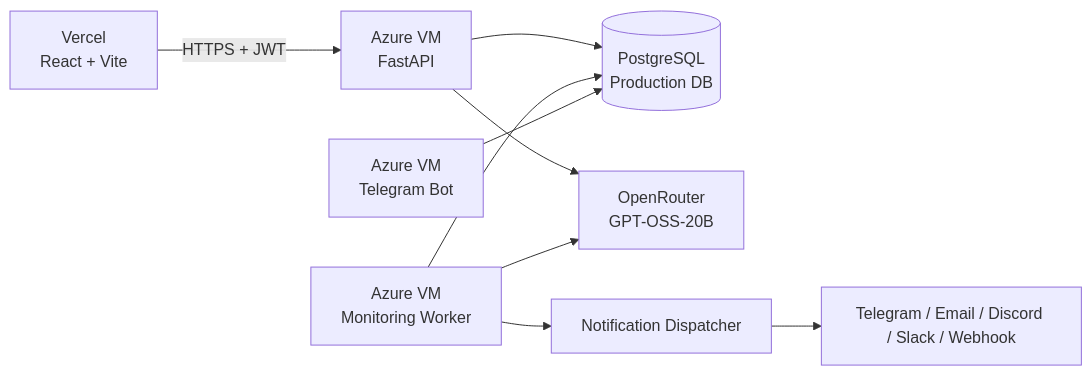
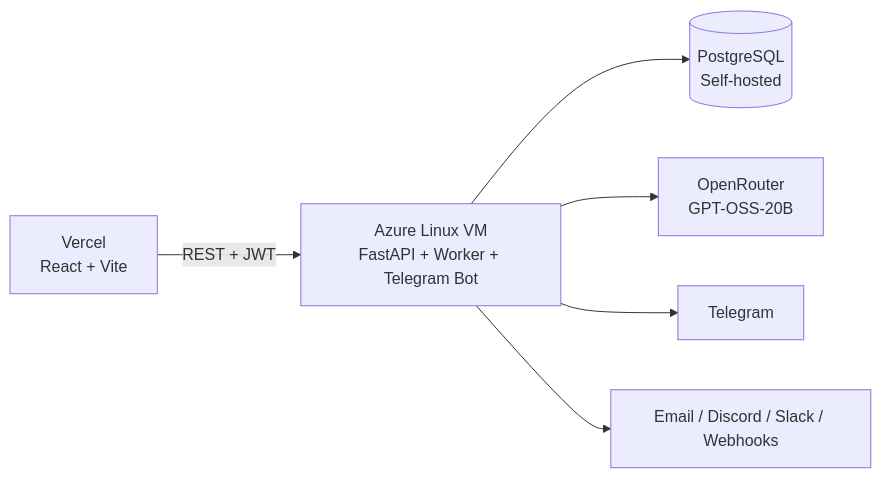
One commit to Robibiruk/PulseWatch changed the diagram in README.md. Above: the diagram before and after it, drawn with Mermaid. The commit also changed other lines of this file, not shown here.

````diff
--- a/README.md
+++ b/README.md
@@ -108,11 +207,15 @@
 ```mermaid
 graph LR
-    FE[Vercel<br/>React + Vite] -->|HTTPS + JWT| API[Azure VM<br/>FastAPI]
-    API --> DB[(PostgreSQL<br/>Production DB)]
-    API --> AI[OpenRouter<br/>GPT-OSS-20B]
-    Worker[Azure VM<br/>Monitoring Worker] --> DB
-    Worker --> AI
-    Bot[Azure VM<br/>Telegram Bot] --> DB
-    Worker --> Notify[Notification Dispatcher]
-    Notify --> Channels[Telegram / Email / Discord / Slack / Webhook]
+    FE[Vercel<br/>React + Vite]
+    VM[Azure Linux VM<br/>FastAPI + Worker + Telegram Bot]
+    DB[(PostgreSQL<br/>Self-hosted)]
+    AI[OpenRouter<br/>GPT-OSS-20B]
+    TG[Telegram]
+    N[Email / Discord / Slack / Webhooks]
+
+    FE -->|REST + JWT| VM
+    VM --> DB
+    VM --> AI
+    VM --> TG
+    VM --> N
 ```
````
